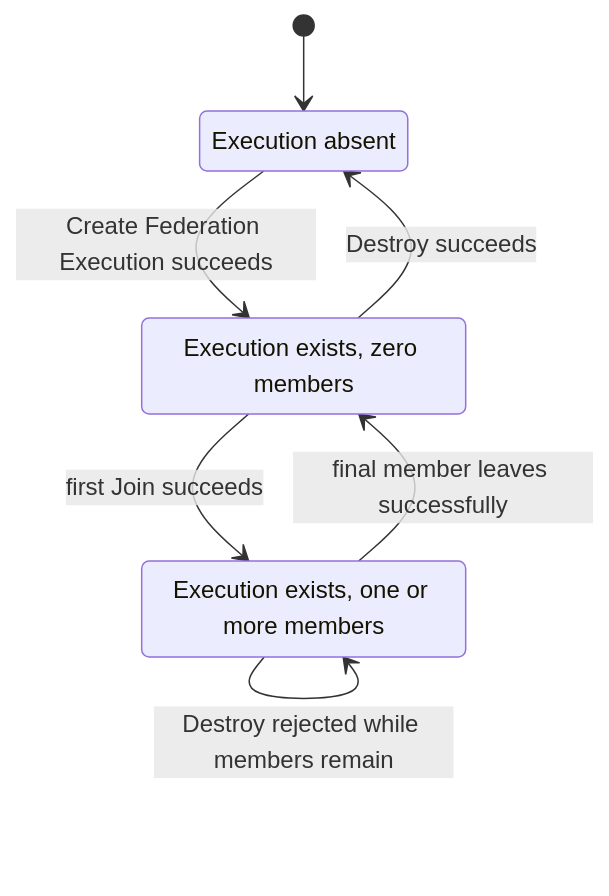
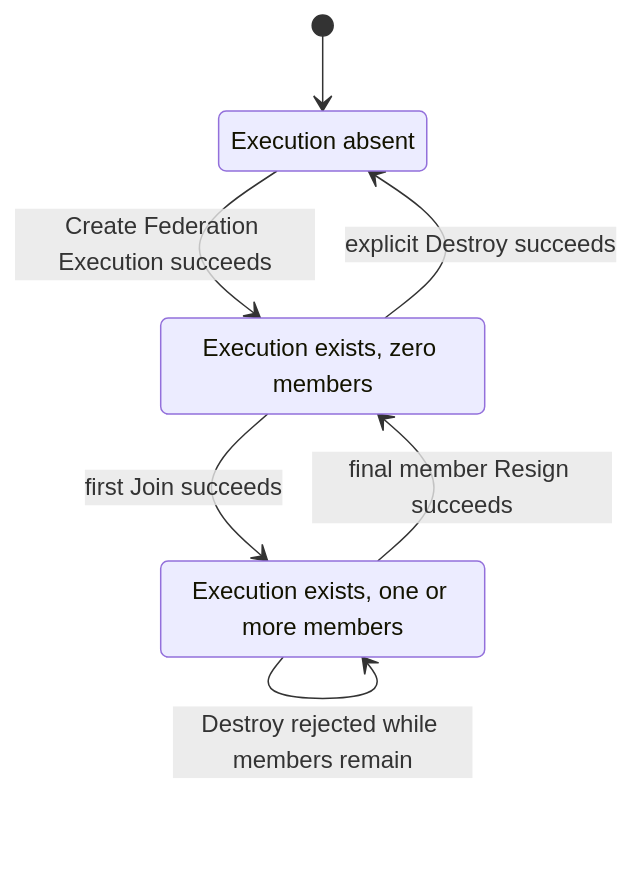
The third of 31 diagrams in docs/design/HLA-2025-FEDERATION-AND-FEDERATE-LIFECYCLE-FLOW-GUIDE.md (sheepfling/umbra), drawn with Mermaid before and after one commit. The commit also changed other lines of this file and 39 other files, not shown here.

Commit message:
Document IEEE 1516.1-2025 behavior flows

````diff
--- a/docs/design/HLA-2025-FEDERATION-AND-FEDERATE-LIFECYCLE-FLOW-GUIDE.md
+++ b/docs/design/HLA-2025-FEDERATION-AND-FEDERATE-LIFECYCLE-FLOW-GUIDE.md
@@ -170,14 +171,14 @@
 ```mermaid
 stateDiagram-v2
   state "Execution absent" as Absent
   state "Execution exists, zero members" as Empty
   state "Execution exists, one or more members" as Joined
 
   [*] --> Absent
   Absent --> Empty: Create Federation Execution succeeds
   Empty --> Joined: first Join succeeds
   Joined --> Joined: another Join or non-final member leave
-  Joined --> Empty: final member leaves successfully
-  Empty --> Absent: Destroy succeeds
+  Joined --> Empty: final member Resign succeeds
+  Empty --> Absent: explicit Destroy succeeds
   Joined --> Joined: Destroy rejected while members remain
 ```
````
